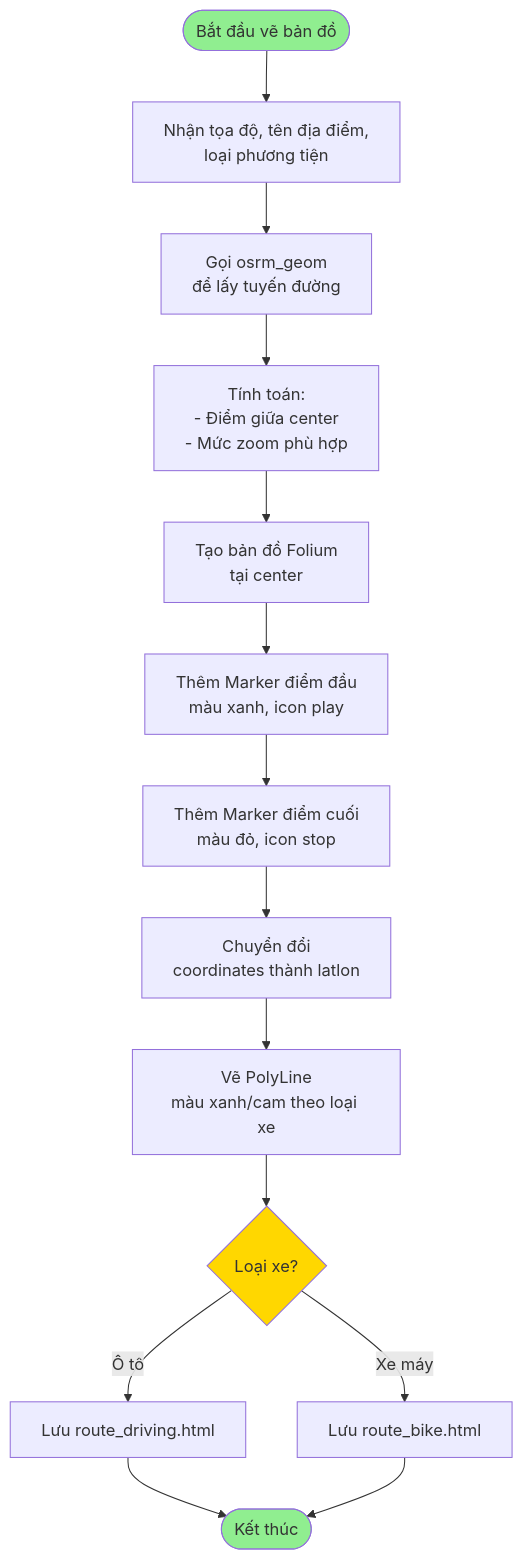
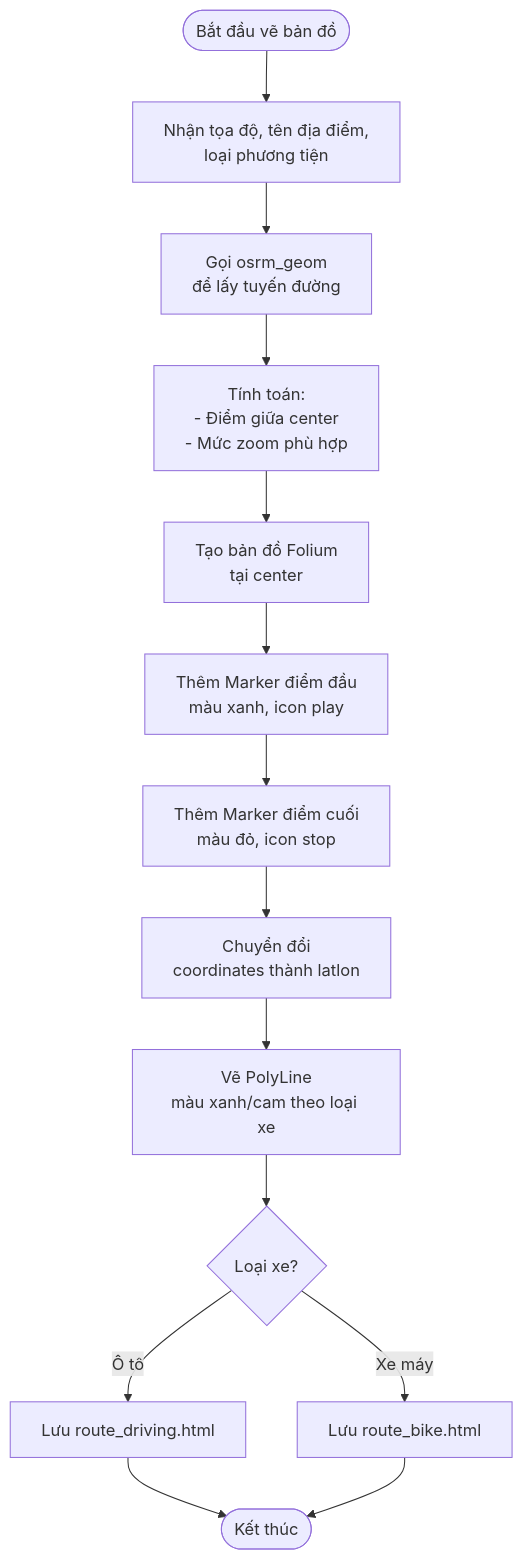
Before and after one commit to vothuctri/----n: the fifth of 8 diagrams in flowchart_test.md, drawn with Mermaid. The commit also changed other lines of this file and 10 other files, not shown here.

````diff
--- a/flowchart_test.md
+++ b/flowchart_test.md
@@ -98,20 +80,16 @@
 ```mermaid
 flowchart TD
     A([Bắt đầu vẽ bản đồ]) --> B[Nhận tọa độ, tên địa điểm,<br/>loại phương tiện]
     B --> C[Gọi osrm_geom<br/>để lấy tuyến đường]
     C --> D[Tính toán:<br/>- Điểm giữa center<br/>- Mức zoom phù hợp]
     D --> E[Tạo bản đồ Folium<br/>tại center]
     E --> F[Thêm Marker điểm đầu<br/>màu xanh, icon play]
     F --> G[Thêm Marker điểm cuối<br/>màu đỏ, icon stop]
     G --> H[Chuyển đổi<br/>coordinates thành latlon]
     H --> I[Vẽ PolyLine<br/>màu xanh/cam theo loại xe]
     I --> J{Loại xe?}
     J -->|Ô tô| K[Lưu route_driving.html]
     J -->|Xe máy| L[Lưu route_bike.html]
     K --> M([Kết thúc])
     L --> M
-    
-    style A fill:#90EE90
-    style M fill:#90EE90
-    style J fill:#FFD700
 ```
````
